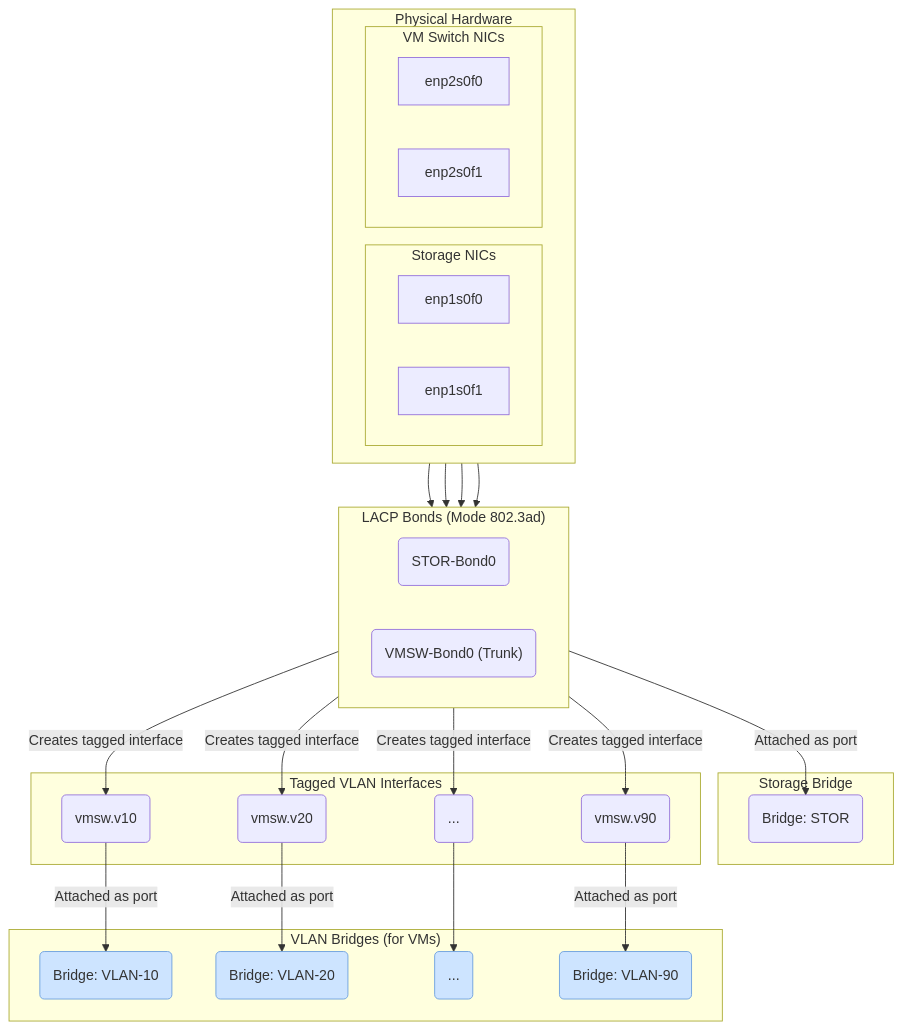
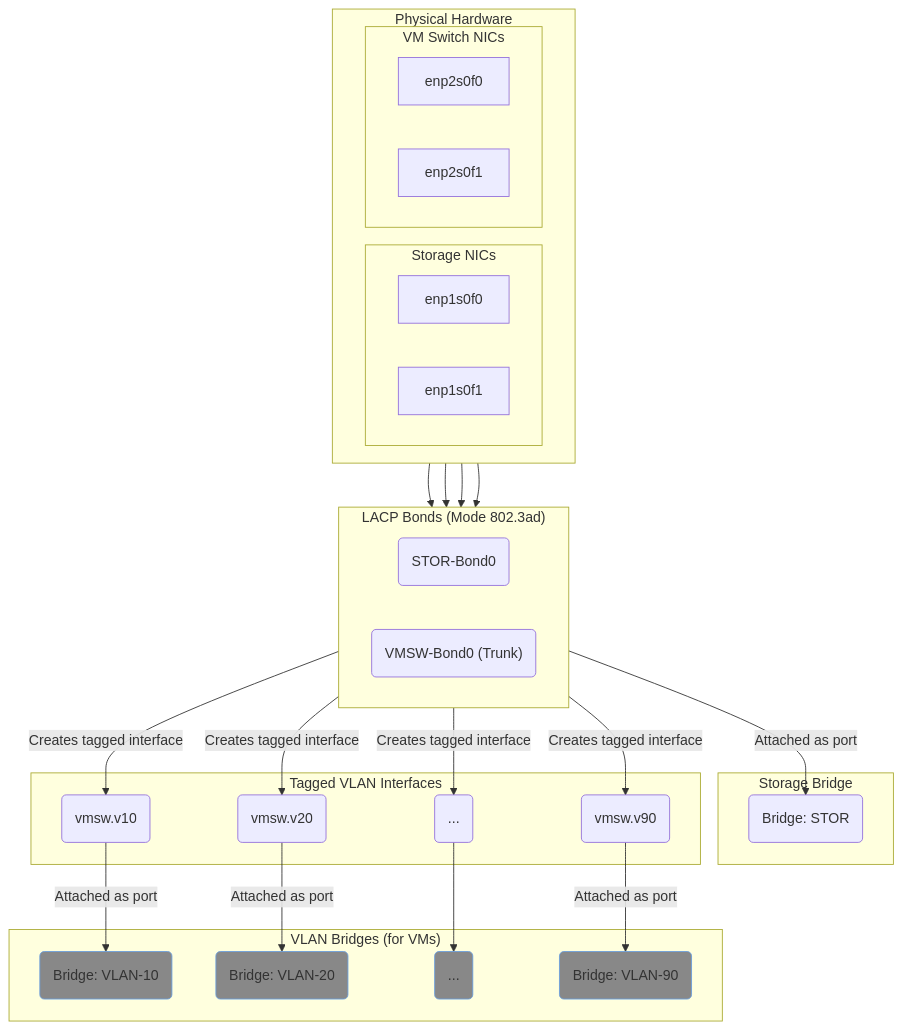
One commit to LBTHR333/kvm-test changed the diagram in README.md. Above: the diagram before and after it, drawn with Mermaid.

````diff
--- a/README.md
+++ b/README.md
@@ -7,66 +7,66 @@
 ```mermaid
 graph TD
     subgraph "Physical Hardware"
         direction LR
         subgraph "Storage NICs"
             PNIC1[enp1s0f0]
             PNIC2[enp1s0f1]
         end
         subgraph "VM Switch NICs"
             PNIC3[enp2s0f0]
             PNIC4[enp2s0f1]
         end
     end
 
     subgraph "LACP Bonds (Mode 802.3ad)"
         direction LR
         BOND_STOR("STOR-Bond0")
         BOND_VMSW("VMSW-Bond0 (Trunk)")
     end
 
     subgraph "Storage Bridge"
         BR_STOR("Bridge: STOR")
     end
 
     subgraph "VLAN Bridges (for VMs)"
         BR_VLAN10("Bridge: VLAN-10")
         BR_VLAN20("Bridge: VLAN-20")
         BR_VLAN_etc("...")
         BR_VLAN90("Bridge: VLAN-90")
     end
 
     subgraph "Tagged VLAN Interfaces"
         VLAN10_IF("vmsw.v10")
         VLAN20_IF("vmsw.v20")
         VLAN_etc_IF("...")
         VLAN90_IF("vmsw.v90")
     end
 
     %% --- Define Connections ---
 
     %% Physical NICs to Bonds
     PNIC1 --> BOND_STOR
     PNIC2 --> BOND_STOR
     PNIC3 --> BOND_VMSW
     PNIC4 --> BOND_VMSW
 
     %% Bond to Storage Bridge
     BOND_STOR --"Attached as port"--> BR_STOR
 
     %% VLAN trunking from VMSW Bond
     BOND_VMSW --"Creates tagged interface"--> VLAN10_IF
     BOND_VMSW --"Creates tagged interface"--> VLAN20_IF
     BOND_VMSW --"Creates tagged interface"--> VLAN_etc_IF
     BOND_VMSW --"Creates tagged interface"--> VLAN90_IF
 
     %% Tagged interfaces to their respective VM bridges
     VLAN10_IF --"Attached as port"--> BR_VLAN10
     VLAN20_IF --"Attached as port"--> BR_VLAN20
     VLAN_etc_IF --" "--> BR_VLAN_etc
     VLAN90_IF --"Attached as port"--> BR_VLAN90
 
-    style BR_VLAN10 fill:#cde4ff,stroke:#6a9fdf
-    style BR_VLAN20 fill:#cde4ff,stroke:#6a9fdf
-    style BR_VLAN_etc fill:#cde4ff,stroke:#6a9fdf
-    style BR_VLAN90 fill:#cde4ff,stroke:#6a9fdf
+    style BR_VLAN10 fill:#888888,stroke:#6a9fdf
+    style BR_VLAN20 fill:#888888,stroke:#6a9fdf
+    style BR_VLAN_etc fill:#888888,stroke:#6a9fdf
+    style BR_VLAN90 fill:#888888,stroke:#6a9fdf
 ```
````
